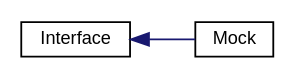
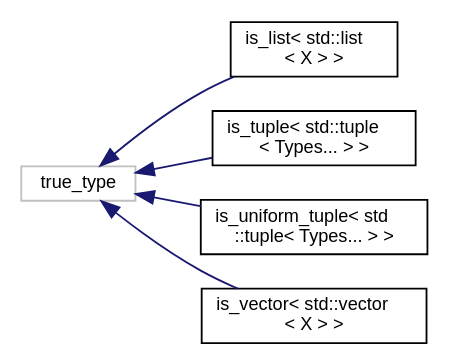
The diagram in inherit_graph_2.dot (marisarze/otus_cpp_print_ip), drawn with Graphviz before and after one commit. The commit also changed 1613 other files, not shown here.

```diff
--- a/inherit_graph_2.dot
+++ b/inherit_graph_2.dot
@@ -1,11 +1,17 @@
 digraph "Graphical Class Hierarchy"
 {
  // INTERACTIVE_SVG=YES
  // LATEX_PDF_SIZE
   edge [fontname="Helvetica",fontsize="10",labelfontname="Helvetica",labelfontsize="10"];
   node [fontname="Helvetica",fontsize="10",shape=record];
   rankdir="LR";
-  Node0 [label="Interface",height=0.2,width=0.4,color="black", fillcolor="white", style="filled",URL="$de/d95/class_interface.html",tooltip=" "];
-  Node0 -> Node1 [dir="back",color="midnightblue",fontsize="10",style="solid",fontname="Helvetica"];
-  Node1 [label="Mock",height=0.2,width=0.4,color="black", fillcolor="white", style="filled",URL="$d8/d46/class_mock.html",tooltip=" "];
+  Node3 [label="true_type",height=0.2,width=0.4,color="grey75", fillcolor="white", style="filled",tooltip=" "];
+  Node3 -> Node0 [dir="back",color="midnightblue",fontsize="10",style="solid",fontname="Helvetica"];
+  Node0 [label="is_list\< std::list\l\< X \> \>",height=0.2,width=0.4,color="black", fillcolor="white", style="filled",URL="$da/d60/structis__list_3_01std_1_1list_3_01_x_01_4_01_4.html",tooltip="helper structure for type checking as a list in templates (reduced structure)"];
+  Node3 -> Node5 [dir="back",color="midnightblue",fontsize="10",style="solid",fontname="Helvetica"];
+  Node5 [label="is_tuple\< std::tuple\l\< Types... \> \>",height=0.2,width=0.4,color="black", fillcolor="white", style="filled",URL="$db/d0b/structis__tuple_3_01std_1_1tuple_3_01_types_8_8_8_01_4_01_4.html",tooltip="helper structure for type checking as a tuple in templates (reduced variant) this structure has bool ..."];
+  Node3 -> Node6 [dir="back",color="midnightblue",fontsize="10",style="solid",fontname="Helvetica"];
+  Node6 [label="is_uniform_tuple\< std\l::tuple\< Types... \> \>",height=0.2,width=0.4,color="black", fillcolor="white", style="filled",URL="$de/d4a/structis__uniform__tuple_3_01std_1_1tuple_3_01_types_8_8_8_01_4_01_4.html",tooltip="helper structure for type checking as a uniform tuple (partial variant) this structure has bool membe..."];
+  Node3 -> Node7 [dir="back",color="midnightblue",fontsize="10",style="solid",fontname="Helvetica"];
+  Node7 [label="is_vector\< std::vector\l\< X \> \>",height=0.2,width=0.4,color="black", fillcolor="white", style="filled",URL="$de/d98/structis__vector_3_01std_1_1vector_3_01_x_01_4_01_4.html",tooltip="helper structure for type checking as a vector in templates (reduced structure)"];
 }
```
